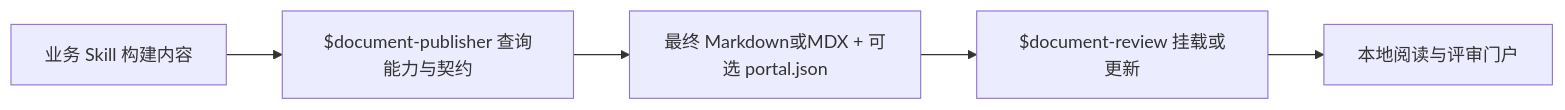
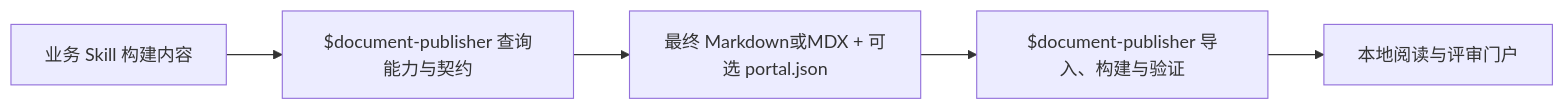
Before and after one commit to GainFactor/gainfactor-plugins: the fourth of 4 diagrams in plugins/gainfactor-pm/README.md, drawn with Mermaid. The commit also changed other lines of this file and 142 other files, not shown here.

````diff
--- a/plugins/gainfactor-pm/README.md
+++ b/plugins/gainfactor-pm/README.md
@@ -101,7 +101,7 @@
 ```mermaid
 flowchart LR
     A[业务 Skill 构建内容] --> B["$document-publisher 查询能力与契约"]
     B --> C[最终 Markdown或MDX + 可选 portal.json]
-    C --> D["$document-review 挂载或更新"]
+    C --> D["$document-publisher 导入、构建与验证"]
     D --> E[本地阅读与评审门户]
 ```
````
